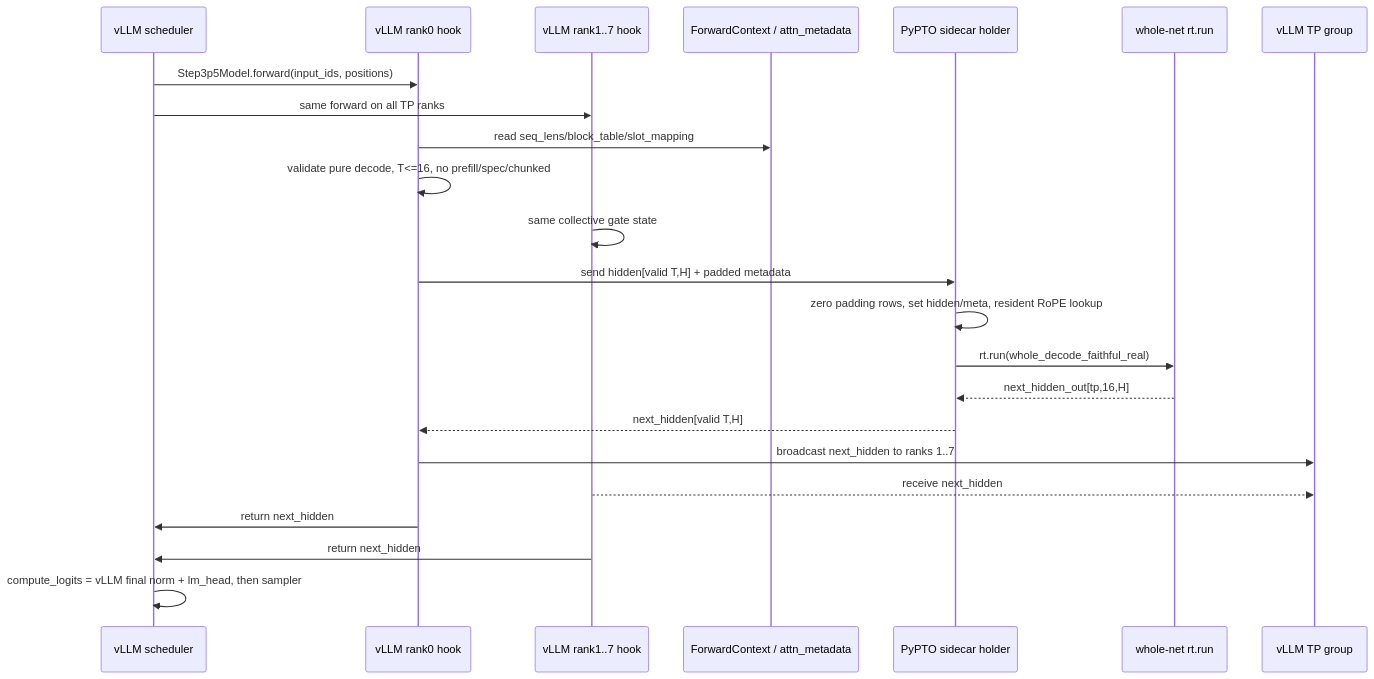
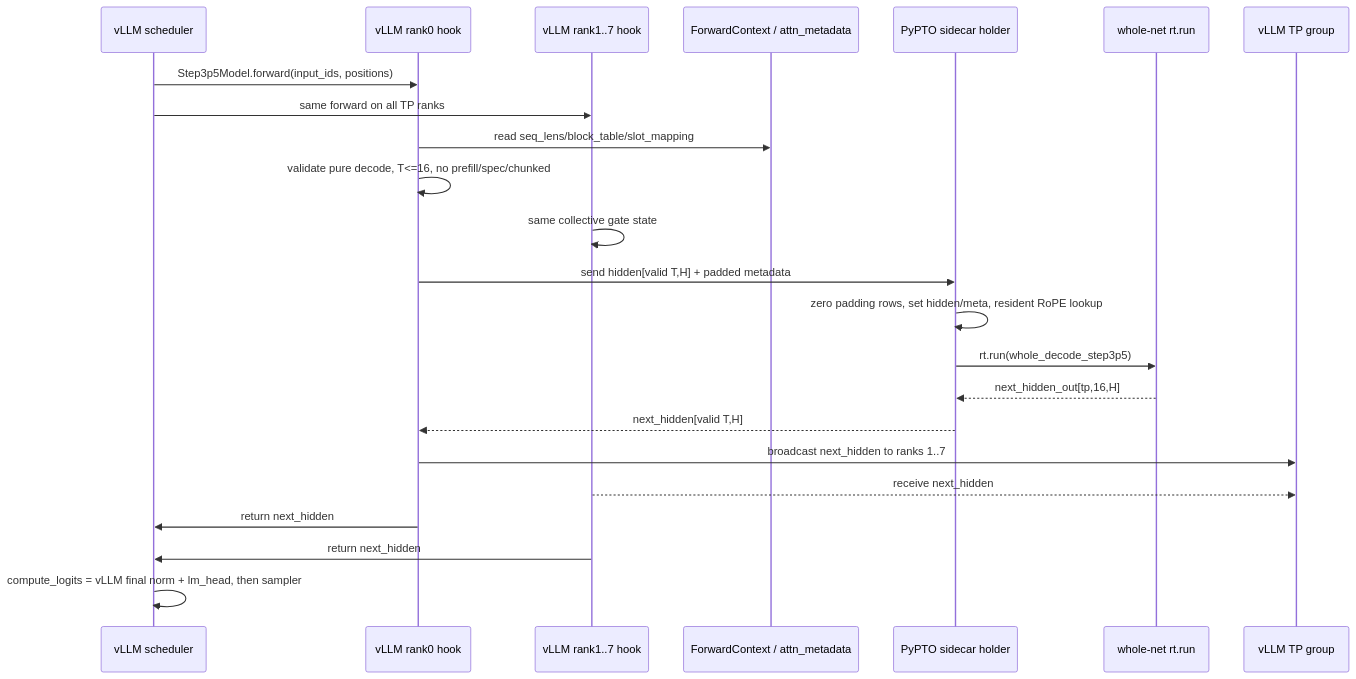
Before and after one commit to csy0225/pypto-project: the second of 5 diagrams in design/vllm-pypto/02-detailed-design.md, drawn with Mermaid. The commit also changed other lines of this file and 19 other files, not shown here.

````diff
--- a/design/vllm-pypto/02-detailed-design.md
+++ b/design/vllm-pypto/02-detailed-design.md
@@ -82,26 +82,26 @@
 ```mermaid
 sequenceDiagram
     participant S as vLLM scheduler
     participant R0 as vLLM rank0 hook
     participant RN as vLLM rank1..7 hook
     participant FC as ForwardContext / attn_metadata
     participant SC as PyPTO sidecar holder
     participant RT as whole-net rt.run
     participant TP as vLLM TP group
 
     S->>R0: Step3p5Model.forward(input_ids, positions)
     S->>RN: same forward on all TP ranks
     R0->>FC: read seq_lens/block_table/slot_mapping
     R0->>R0: validate pure decode, T<=16, no prefill/spec/chunked
     RN->>RN: same collective gate state
     R0->>SC: send hidden[valid T,H] + padded metadata
     SC->>SC: zero padding rows, set hidden/meta, resident RoPE lookup
-    SC->>RT: rt.run(whole_decode_faithful_real)
+    SC->>RT: rt.run(whole_decode_step3p5)
     RT-->>SC: next_hidden_out[tp,16,H]
     SC-->>R0: next_hidden[valid T,H]
     R0->>TP: broadcast next_hidden to ranks 1..7
     RN-->>TP: receive next_hidden
     R0->>S: return next_hidden
     RN->>S: return next_hidden
     S->>S: compute_logits = vLLM final norm + lm_head, then sampler
 ```
````
